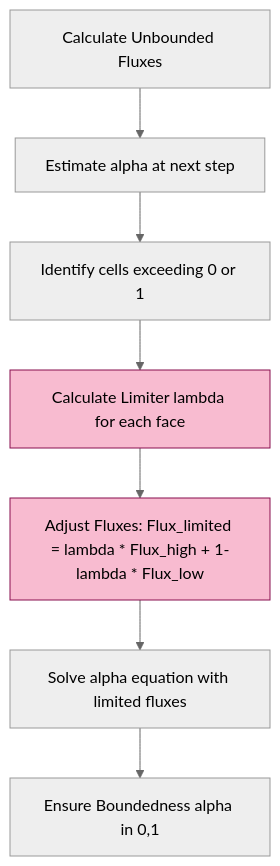
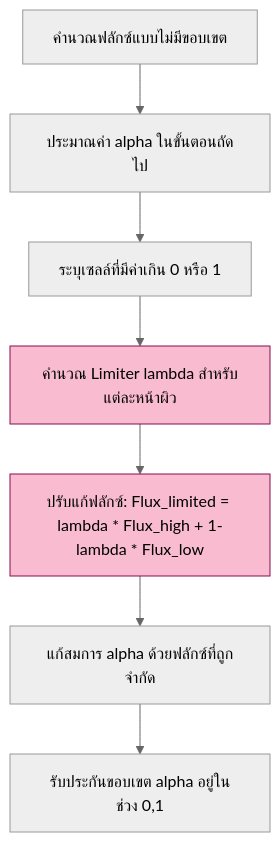
Before and after one commit to wramet/build-my-cfd: the diagram in MODULE_06_ADVANCED_PHYSICS/CONTENT/01_ADVANCED_MULTIPHASE_FLOWS/06_Numerical_Methods_and_VOF.md, drawn with Mermaid (neutral theme). The commit also changed other lines of this file and 104 other files, not shown here.

````diff
--- a/MODULE_06_ADVANCED_PHYSICS/CONTENT/01_ADVANCED_MULTIPHASE_FLOWS/06_Numerical_Methods_and_VOF.md
+++ b/MODULE_06_ADVANCED_PHYSICS/CONTENT/01_ADVANCED_MULTIPHASE_FLOWS/06_Numerical_Methods_and_VOF.md
@@ -66,12 +66,12 @@
 ```mermaid
 flowchart TD
-    A[Calculate Unbounded Fluxes] --> B[Estimate alpha at next step]
-    B --> C[Identify cells exceeding 0 or 1]
-    C --> D[Calculate Limiter lambda for each face]
-    D --> E[Adjust Fluxes: Flux_limited = lambda * Flux_high + 1-lambda * Flux_low]
-    E --> F[Solve alpha equation with limited fluxes]
-    F --> G[Ensure Boundedness alpha in 0,1]
+    A[คำนวณฟลักซ์แบบไม่มีขอบเขต] --> B[ประมาณค่า alpha ในขั้นตอนถัดไป]
+    B --> C[ระบุเซลล์ที่มีค่าเกิน 0 หรือ 1]
+    C --> D[คำนวณ Limiter lambda สำหรับแต่ละหน้าผิว]
+    D --> E[ปรับแก้ฟลักซ์: Flux_limited = lambda * Flux_high + 1-lambda * Flux_low]
+    E --> F[แก้สมการ alpha ด้วยฟลักซ์ที่ถูกจำกัด]
+    F --> G[รับประกันขอบเขต alpha อยู่ในช่วง 0,1]
 
     style D fill:#f8bbd0,stroke:#880e4f
     style E fill:#f8bbd0,stroke:#880e4f
 ```
````
